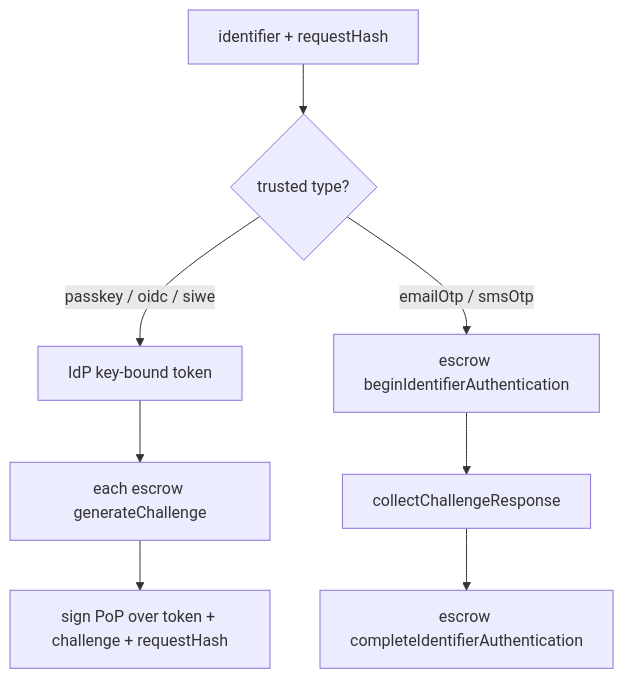
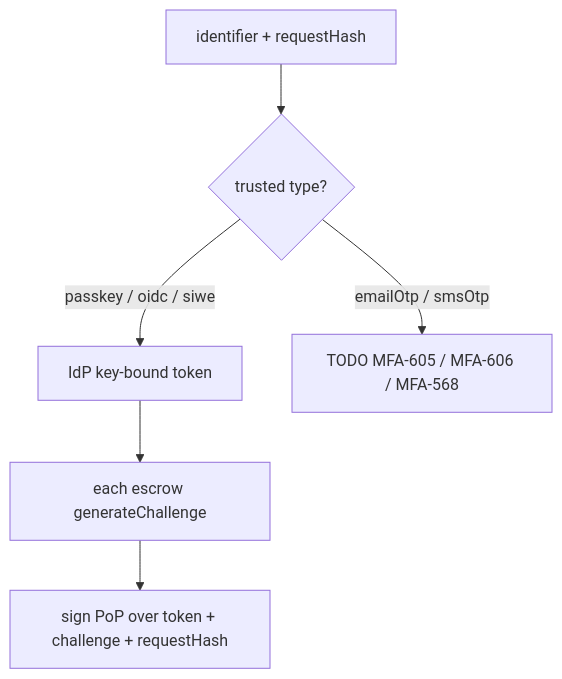
The fifth of 6 diagrams in packages/mfa-recovery-controller/ARCHITECTURE.md (MetaMask/core), drawn with Mermaid before and after one commit. The commit also changed other lines of this file and 16 other files, not shown here.

First line of the commit message:
feat(mfa-recovery-controller): align wrap, receipts, and auth with cubist escrow

````diff
--- a/packages/mfa-recovery-controller/ARCHITECTURE.md
+++ b/packages/mfa-recovery-controller/ARCHITECTURE.md
@@ -155,10 +160,8 @@
 ```mermaid
 flowchart TD
   Start[identifier + requestHash] --> Mode{trusted type?}
   Mode -->|passkey / oidc / siwe| KB[IdP key-bound token]
   KB --> Chal[each escrow generateChallenge]
   Chal --> PoP[sign PoP over token + challenge + requestHash]
-  Mode -->|emailOtp / smsOtp| Beg[escrow beginIdentifierAuthentication]
-  Beg --> OTP[collectChallengeResponse]
-  OTP --> Grant[escrow completeIdentifierAuthentication]
+  Mode -->|emailOtp / smsOtp| Todo[TODO MFA-605 / MFA-606 / MFA-568]
 ```
````
